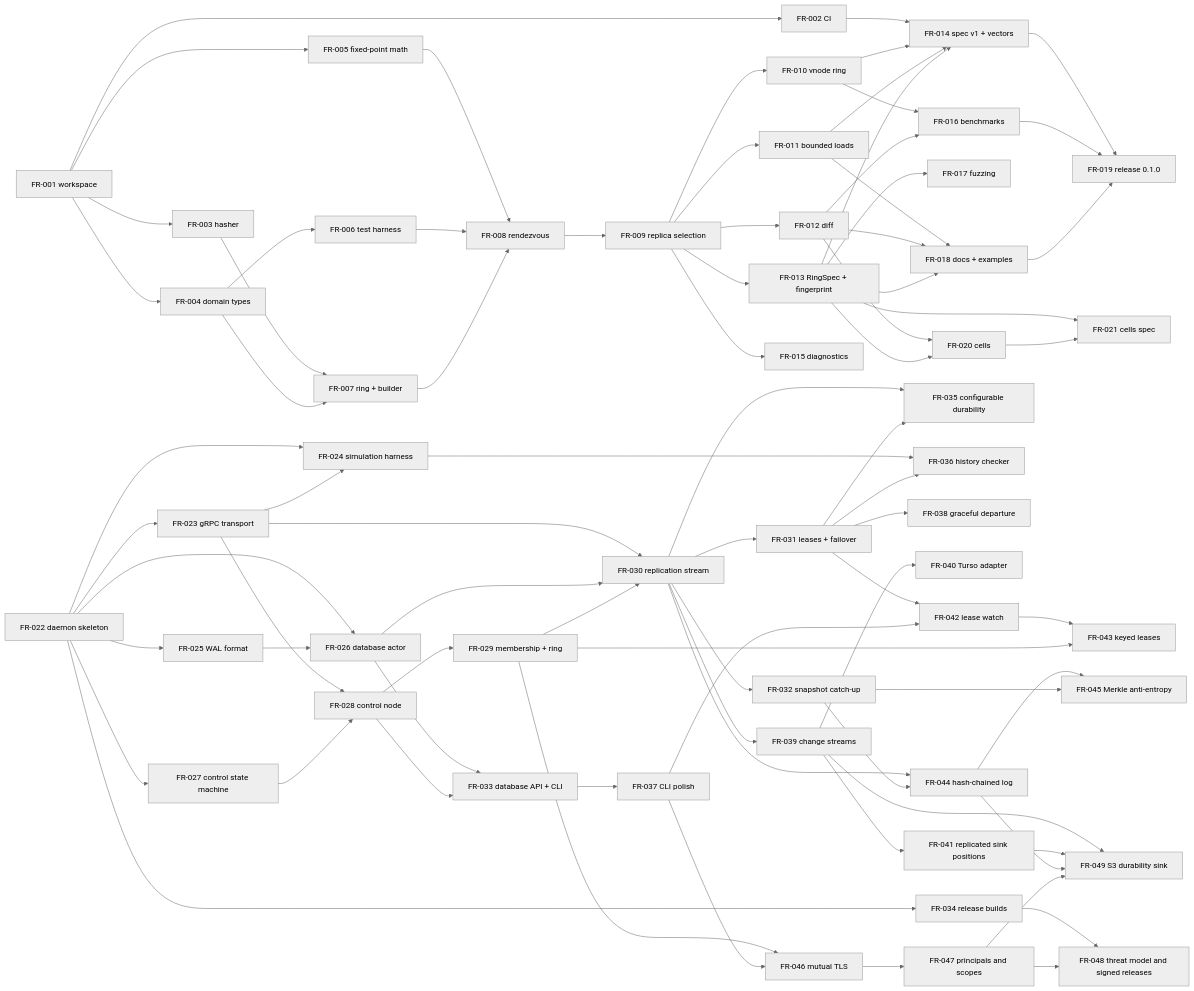
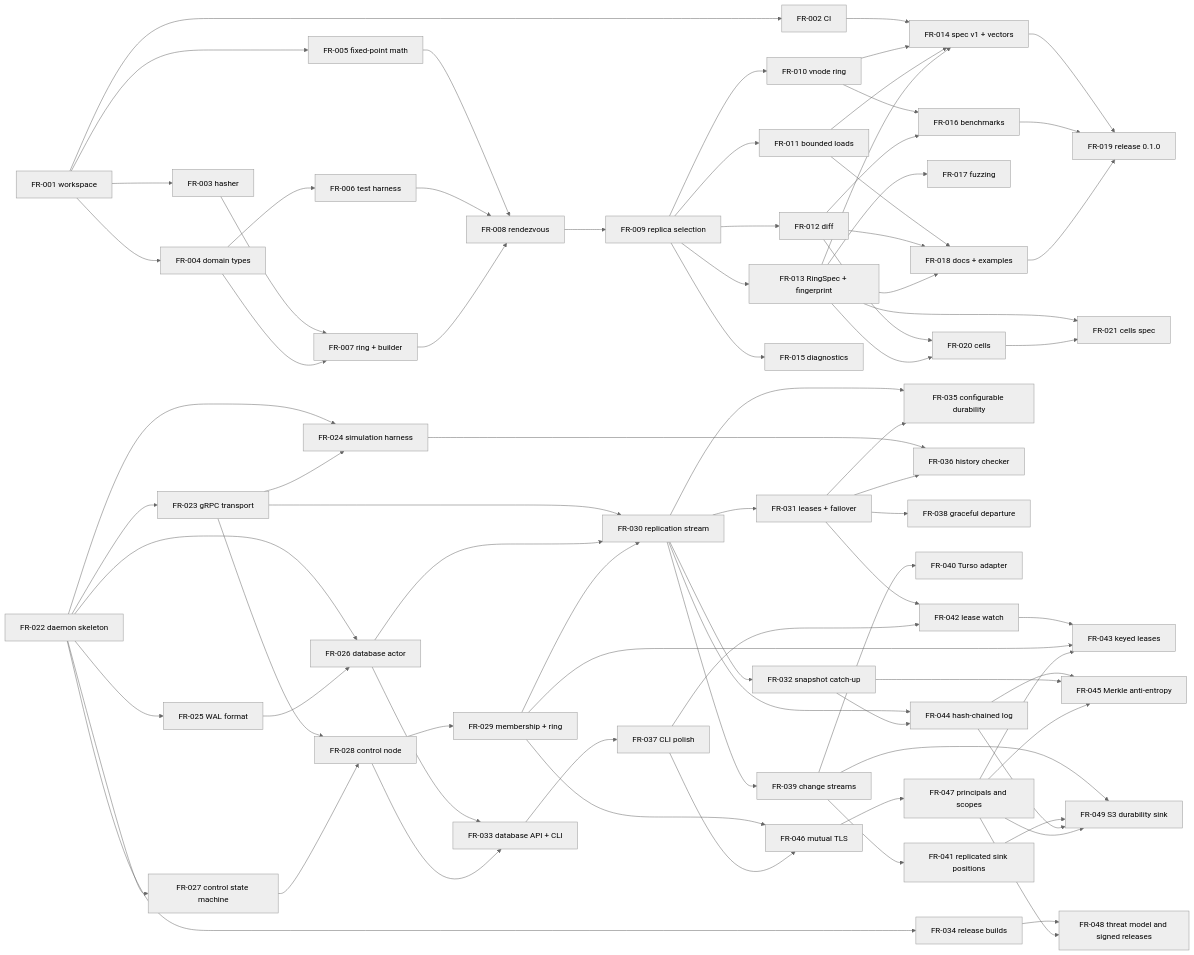
Before and after one commit to fleetring/fleetring: the diagram in docs/tickets/README.md, drawn with Mermaid (neutral theme). The commit also changed other lines of this file and 1 other file, not shown here.

````diff
--- a/docs/tickets/README.md
+++ b/docs/tickets/README.md
@@ -100,80 +100,82 @@
 ```mermaid
 flowchart LR
   FR001[FR-001 workspace] --> FR002[FR-002 CI]
   FR001 --> FR003[FR-003 hasher]
   FR001 --> FR004[FR-004 domain types]
   FR001 --> FR005[FR-005 fixed-point math]
   FR004 --> FR006[FR-006 test harness]
   FR003 --> FR007[FR-007 ring + builder]
   FR004 --> FR007
   FR005 --> FR008[FR-008 rendezvous]
   FR006 --> FR008
   FR007 --> FR008
   FR008 --> FR009[FR-009 replica selection]
   FR009 --> FR010[FR-010 vnode ring]
   FR009 --> FR011[FR-011 bounded loads]
   FR009 --> FR012[FR-012 diff]
   FR009 --> FR013[FR-013 RingSpec + fingerprint]
   FR009 --> FR015[FR-015 diagnostics]
   FR002 --> FR014[FR-014 spec v1 + vectors]
   FR010 --> FR014
   FR011 --> FR014
   FR013 --> FR014
   FR010 --> FR016[FR-016 benchmarks]
   FR012 --> FR016
   FR013 --> FR017[FR-017 fuzzing]
   FR011 --> FR018[FR-018 docs + examples]
   FR012 --> FR018
   FR013 --> FR018
   FR014 --> FR019[FR-019 release 0.1.0]
   FR016 --> FR019
   FR018 --> FR019
   FR012 --> FR020[FR-020 cells]
   FR013 --> FR020
   FR013 --> FR021[FR-021 cells spec]
   FR020 --> FR021
   FR022[FR-022 daemon skeleton] --> FR023[FR-023 gRPC transport]
   FR022 --> FR024[FR-024 simulation harness]
   FR023 --> FR024
   FR022 --> FR025[FR-025 WAL format]
   FR022 --> FR026[FR-026 database actor]
   FR025 --> FR026
   FR022 --> FR027[FR-027 control state machine]
   FR023 --> FR028[FR-028 control node]
   FR027 --> FR028
   FR028 --> FR029[FR-029 membership + ring]
   FR023 --> FR030[FR-030 replication stream]
   FR026 --> FR030
   FR029 --> FR030
   FR030 --> FR031[FR-031 leases + failover]
   FR030 --> FR032[FR-032 snapshot catch-up]
   FR026 --> FR033[FR-033 database API + CLI]
   FR028 --> FR033
   FR022 --> FR034[FR-034 release builds]
   FR030 --> FR035[FR-035 configurable durability]
   FR031 --> FR035
   FR024 --> FR036[FR-036 history checker]
   FR031 --> FR036
   FR033 --> FR037[FR-037 CLI polish]
   FR031 --> FR038[FR-038 graceful departure]
   FR030 --> FR039[FR-039 change streams]
   FR039 --> FR040[FR-040 Turso adapter]
   FR039 --> FR041[FR-041 replicated sink positions]
   FR031 --> FR042[FR-042 lease watch]
   FR037 --> FR042
   FR042 --> FR043[FR-043 keyed leases]
   FR029 --> FR043
   FR030 --> FR044[FR-044 hash-chained log]
   FR032 --> FR044
   FR044 --> FR045[FR-045 Merkle anti-entropy]
   FR032 --> FR045
   FR029 --> FR046[FR-046 mutual TLS]
   FR037 --> FR046
   FR046 --> FR047[FR-047 principals and scopes]
   FR034 --> FR048[FR-048 threat model and signed releases]
   FR047 --> FR048
   FR039 --> FR049[FR-049 S3 durability sink]
   FR041 --> FR049
   FR044 --> FR049
   FR047 --> FR049
+  FR047 --> FR043
+  FR047 --> FR045
 ```
````
